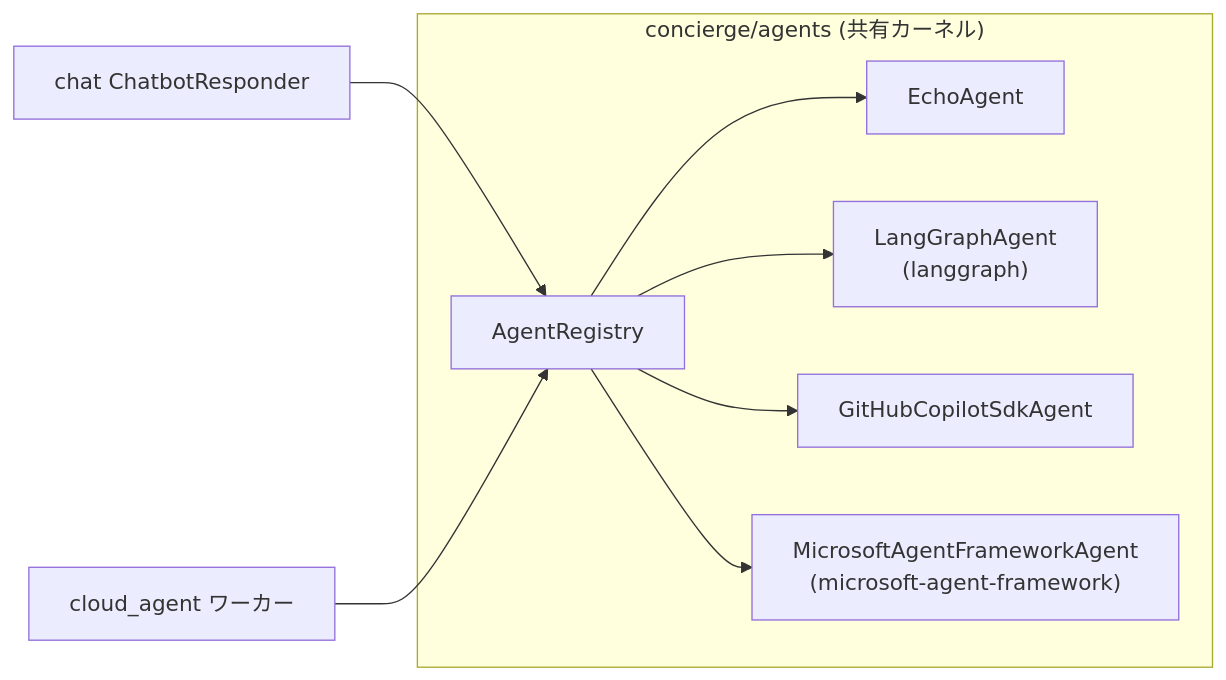
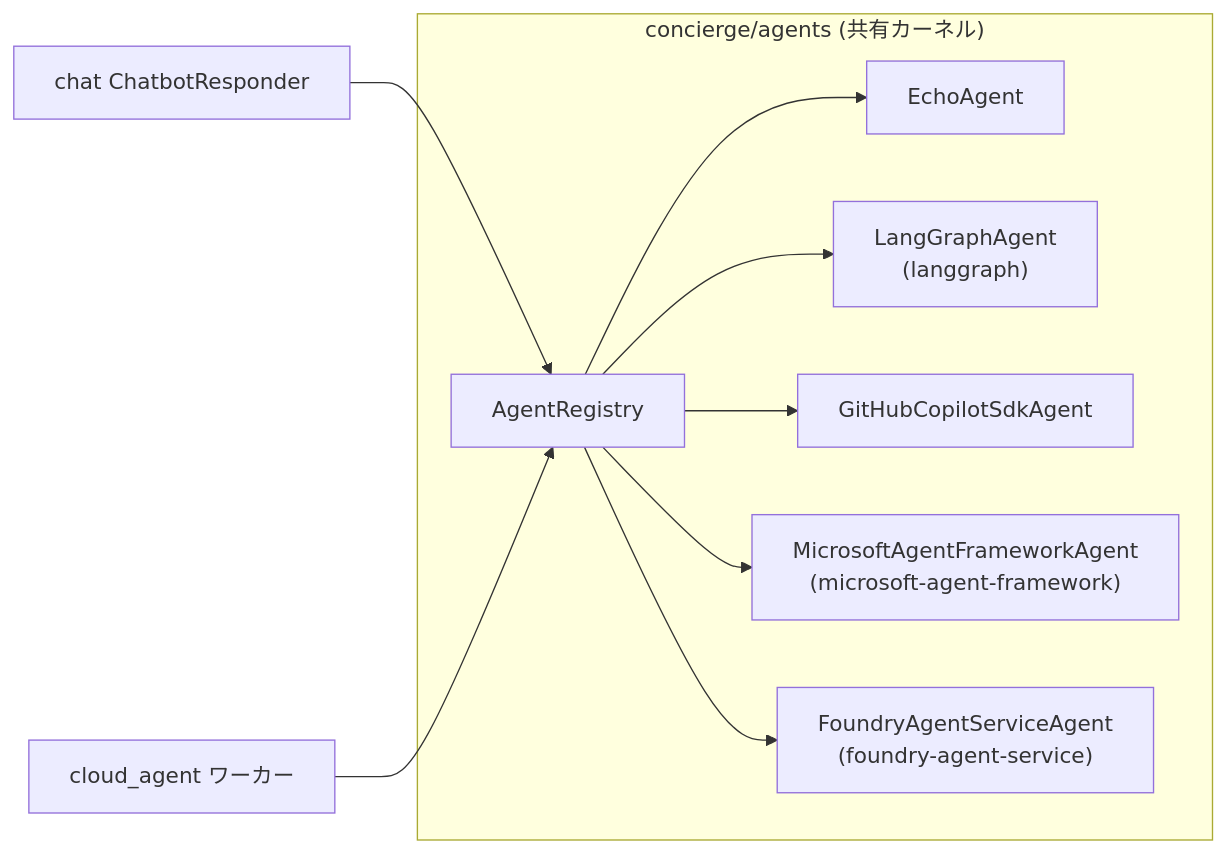
One commit to ks6088ts-labs/concierge changed the first of 2 diagrams in docs/agents/index.ja.md. Above: the diagram before and after it, drawn with Mermaid. The commit also changed other lines of this file and 5 other files, not shown here.

Commit message:
feat: add foundry-agent-service support and update documentation

````diff
--- a/docs/agents/index.ja.md
+++ b/docs/agents/index.ja.md
@@ -13,16 +13,18 @@
 ```mermaid
 flowchart LR
     chat[chat ChatbotResponder] --> Registry
     cloud_agent[cloud_agent ワーカー] --> Registry
     Registry[AgentRegistry] --> Echo[EchoAgent]
     Registry --> LG["LangGraphAgent\n(langgraph)"]
     Registry --> GCE[GitHubCopilotSdkAgent]
     Registry --> MAF["MicrosoftAgentFrameworkAgent\n(microsoft-agent-framework)"]
+    Registry --> FAS["FoundryAgentServiceAgent\n(foundry-agent-service)"]
     subgraph agents["concierge/agents (共有カーネル)"]
         Registry
         Echo
         LG
         GCE
         MAF
+        FAS
     end
 ```
````
